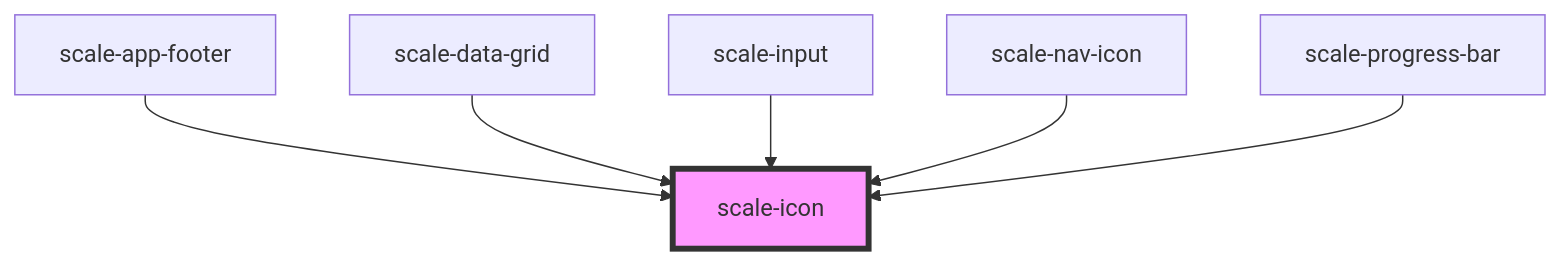
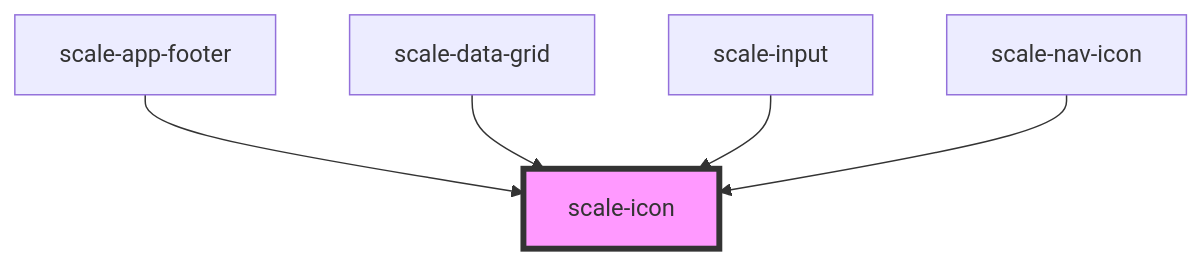
Before and after one commit to gaurishkamat/scale: the diagram in packages/components/src/components/icon/readme.md, drawn with Mermaid. The commit also changed other lines of this file and 7 other files, not shown here.

Commit message:
refactor(progress-bar): update icon handling

````diff
--- a/packages/components/src/components/icon/readme.md
+++ b/packages/components/src/components/icon/readme.md
@@ -33,9 +32,8 @@
 ```mermaid
 graph TD;
   scale-app-footer --> scale-icon
   scale-data-grid --> scale-icon
   scale-input --> scale-icon
   scale-nav-icon --> scale-icon
-  scale-progress-bar --> scale-icon
   style scale-icon fill:#f9f,stroke:#333,stroke-width:4px
 ```
````
